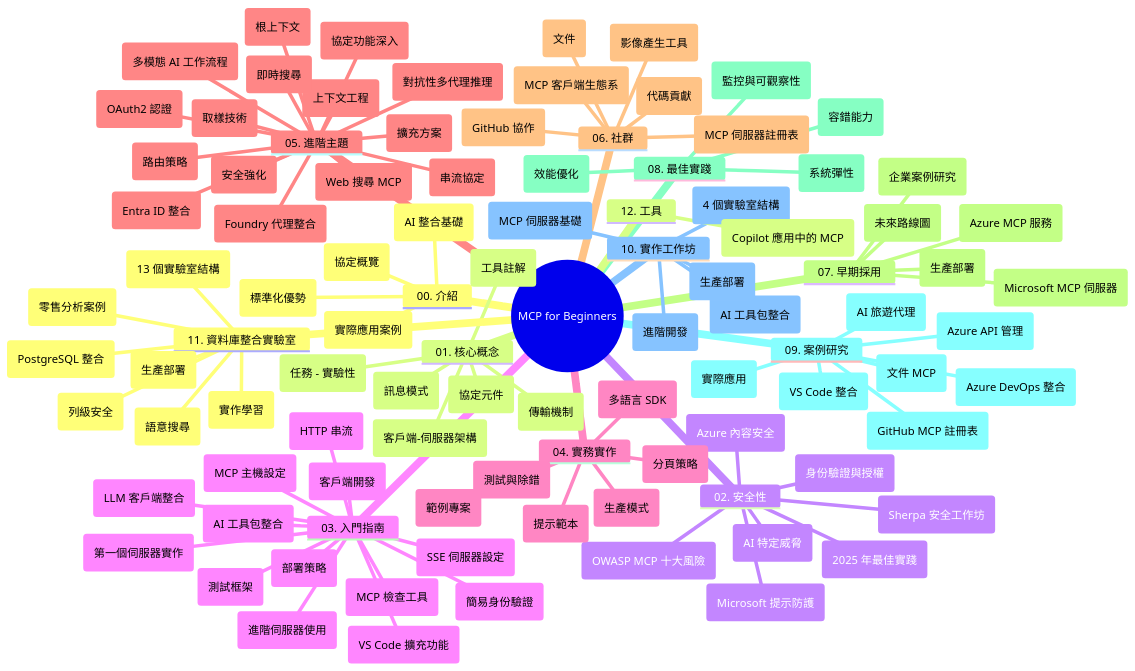
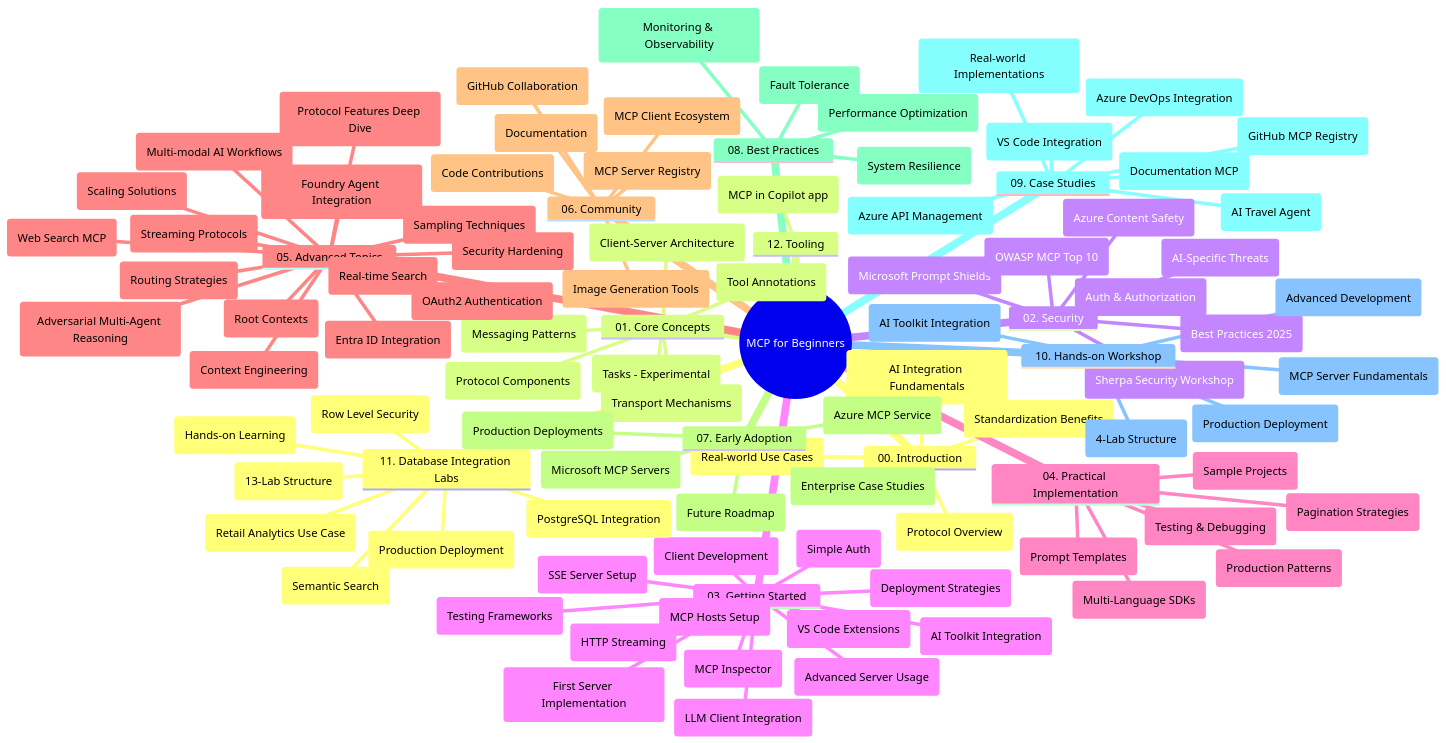
One commit to HIDORAKAI002/ai-workspace-archive changed the diagram in mcp_ecosystem__model_context_protocol/mcp_learning_resources/mcp-for-beginners/translations/zh-HK/study_guide.md. Above: the diagram before and after it, drawn with Mermaid. The commit also changed other lines of this file and 1046 other files, not shown here.

Commit message:
chore(sync): Update microsoft/mcp-for-beginners

````diff
--- a/mcp_ecosystem__model_context_protocol/mcp_learning_resources/mcp-for-beginners/translations/zh-HK/study_guide.md
+++ b/mcp_ecosystem__model_context_protocol/mcp_learning_resources/mcp-for-beginners/translations/zh-HK/study_guide.md
@@ -11,117 +11,117 @@
 ```mermaid
 mindmap
   root((MCP for Beginners))
-    00. 介紹
+    00. Introduction
       ::icon(fa fa-book)
-      (協定概覽)
-      (標準化優勢)
-      (實際應用案例)
-      (AI 整合基礎)
-    01. 核心概念
+      (Protocol Overview)
+      (Standardization Benefits)
+      (Real-world Use Cases)
+      (AI Integration Fundamentals)
+    01. Core Concepts
       ::icon(fa fa-puzzle-piece)
-      (客戶端-伺服器架構)
-      (協定元件)
-      (訊息模式)
-      (傳輸機制)
-      (任務 - 實驗性)
-      (工具註解)
-    02. 安全性
+      (Client-Server Architecture)
+      (Protocol Components)
+      (Messaging Patterns)
+      (Transport Mechanisms)
+      (Tasks - Experimental)
+      (Tool Annotations)
+    02. Security
       ::icon(fa fa-shield)
-      (AI 特定威脅)
-      (2025 年最佳實踐)
-      (Azure 內容安全)
-      (身份驗證與授權)
-      (Microsoft 提示防護)
-      (OWASP MCP 十大風險)
-      (Sherpa 安全工作坊)
-    03. 入門指南
+      (AI-Specific Threats)
+      (Best Practices 2025)
+      (Azure Content Safety)
+      (Auth & Authorization)
+      (Microsoft Prompt Shields)
+      (OWASP MCP Top 10)
+      (Sherpa Security Workshop)
+    03. Getting Started
       ::icon(fa fa-rocket)
-      (第一個伺服器實作)
-      (客戶端開發)
-      (LLM 客戶端整合)
-      (VS Code 擴充功能)
-      (SSE 伺服器設定)
-      (HTTP 串流)
-      (AI 工具包整合)
-      (測試框架)
-      (進階伺服器使用)
-      (簡易身份驗證)
-      (部署策略)
-      (MCP 主機設定)
-      (MCP 檢查工具)
-    04. 實務實作
+      (First Server Implementation)
+      (Client Development)
+      (LLM Client Integration)
+      (VS Code Extensions)
+      (SSE Server Setup)
+      (HTTP Streaming)
+      (AI Toolkit Integration)
+      (Testing Frameworks)
+      (Advanced Server Usage)
+      (Simple Auth)
+      (Deployment Strategies)
+      (MCP Hosts Setup)
+      (MCP Inspector)
+    04. Practical Implementation
       ::icon(fa fa-code)
-      (多語言 SDK)
-      (測試與除錯)
-      (提示範本)
-      (範例專案)
-      (生產模式)
-      (分頁策略)
-    05. 進階主題
+      (Multi-Language SDKs)
+      (Testing & Debugging)
+      (Prompt Templates)
+      (Sample Projects)
+      (Production Patterns)
+      (Pagination Strategies)
+    05. Advanced Topics
       ::icon(fa fa-graduation-cap)
-      (上下文工程)
-      (Foundry 代理整合)
-      (多模態 AI 工作流程)
-      (OAuth2 認證)
-      (即時搜尋)
-      (串流協定)
-      (根上下文)
-      (路由策略)
-      (取樣技術)
-      (擴充方案)
-      (安全強化)
-      (Entra ID 整合)
-      (Web 搜尋 MCP)
-      (協定功能深入)
-      (對抗性多代理推理)
+      (Context Engineering)
+      (Foundry Agent Integration)
+      (Multi-modal AI Workflows)
+      (OAuth2 Authentication)
+      (Real-time Search)
+      (Streaming Protocols)
+      (Root Contexts)
+      (Routing Strategies)
+      (Sampling Techniques)
+      (Scaling Solutions)
+      (Security Hardening)
+      (Entra ID Integration)
+      (Web Search MCP)
+      (Protocol Features Deep Dive)
+      (Adversarial Multi-Agent Reasoning)
       
-    06. 社群
+    06. Community
       ::icon(fa fa-users)
-      (代碼貢獻)
-      (文件)
-      (MCP 客戶端生態系)
-      (MCP 伺服器註冊表)
-      (影像產生工具)
-      (GitHub 協作)
-    07. 早期採用
+      (Code Contributions)
+      (Documentation)
+      (MCP Client Ecosystem)
+      (MCP Server Registry)
+      (Image Generation Tools)
+      (GitHub Collaboration)
+    07. Early Adoption
       ::icon(fa fa-lightbulb)
-      (生產部署)
-      (Microsoft MCP 伺服器)
-      (Azure MCP 服務)
-      (企業案例研究)
-      (未來路線圖)
-    08. 最佳實踐
+      (Production Deployments)
+      (Microsoft MCP Servers)
+      (Azure MCP Service)
+      (Enterprise Case Studies)
+      (Future Roadmap)
+    08. Best Practices
       ::icon(fa fa-check)
-      (效能優化)
-      (容錯能力)
-      (系統彈性)
-      (監控與可觀察性)
-    09. 案例研究
+      (Performance Optimization)
+      (Fault Tolerance)
+      (System Resilience)
+      (Monitoring & Observability)
+    09. Case Studies
       ::icon(fa fa-file-text)
-      (Azure API 管理)
-      (AI 旅遊代理)
-      (Azure DevOps 整合)
-      (文件 MCP)
-      (GitHub MCP 註冊表)
-      (VS Code 整合)
-      (實際應用)
-    10. 實作工作坊
+      (Azure API Management)
+      (AI Travel Agent)
+      (Azure DevOps Integration)
+      (Documentation MCP)
+      (GitHub MCP Registry)
+      (VS Code Integration)
+      (Real-world Implementations)
+    10. Hands-on Workshop
       ::icon(fa fa-laptop)
-      (MCP 伺服器基礎)
-      (進階開發)
-      (AI 工具包整合)
-      (生產部署)
-      (4 個實驗室結構)
-    11. 資料庫整合實驗室
+      (MCP Server Fundamentals)
+      (Advanced Development)
+      (AI Toolkit Integration)
+      (Production Deployment)
+      (4-Lab Structure)
+    11. Database Integration Labs
       ::icon(fa fa-database)
-      (PostgreSQL 整合)
-      (零售分析案例)
-      (列級安全)
-      (語意搜尋)
-      (生產部署)
-      (13 個實驗室結構)
-      (實作學習)
-    12. 工具
+      (PostgreSQL Integration)
+      (Retail Analytics Use Case)
+      (Row Level Security)
+      (Semantic Search)
+      (Production Deployment)
+      (13-Lab Structure)
+      (Hands-on Learning)
+    12. Tooling
       ::icon(fa fa-wrench)
-      (Copilot 應用中的 MCP)
+      (MCP in Copilot app)
 ```
````
